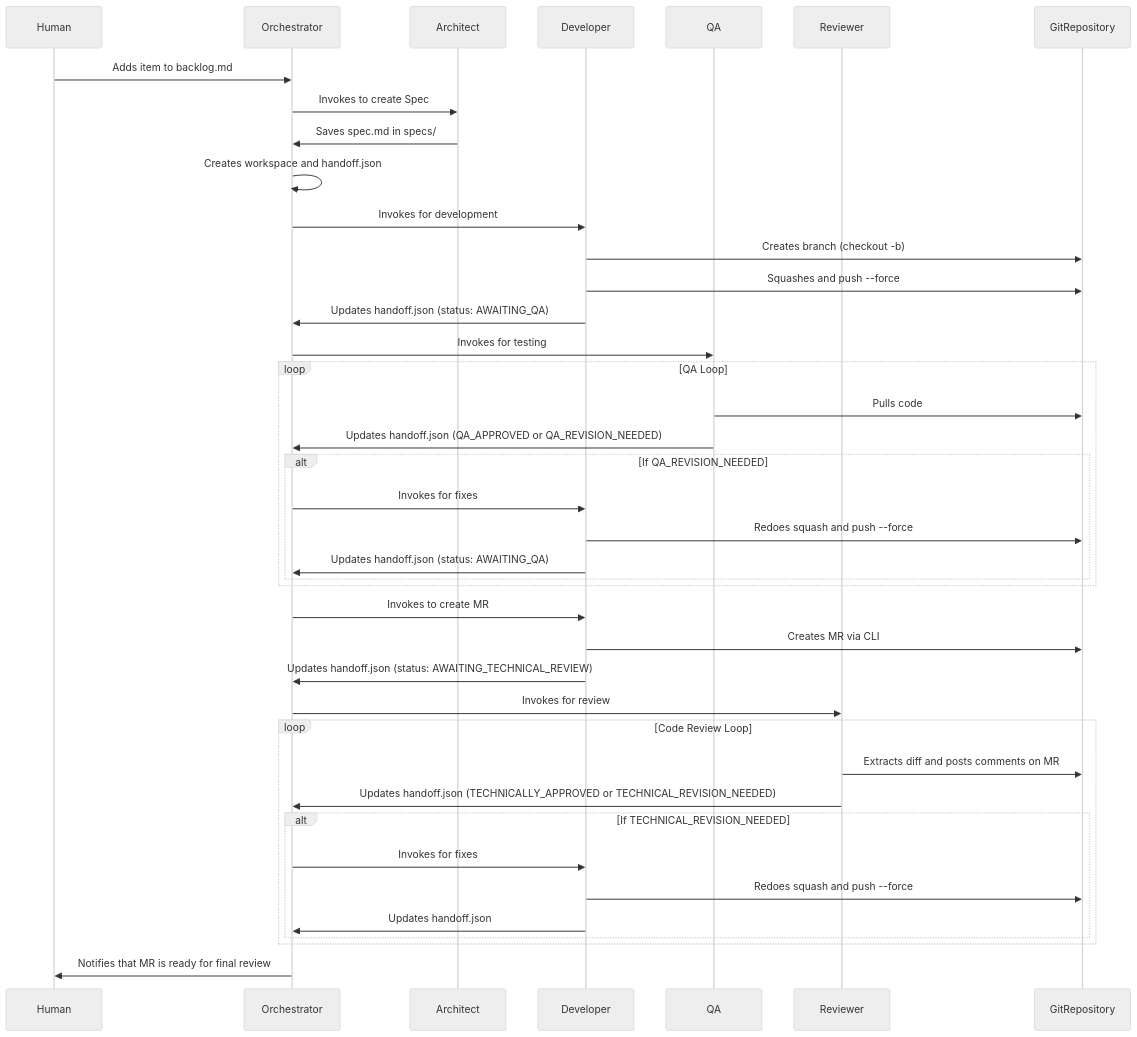
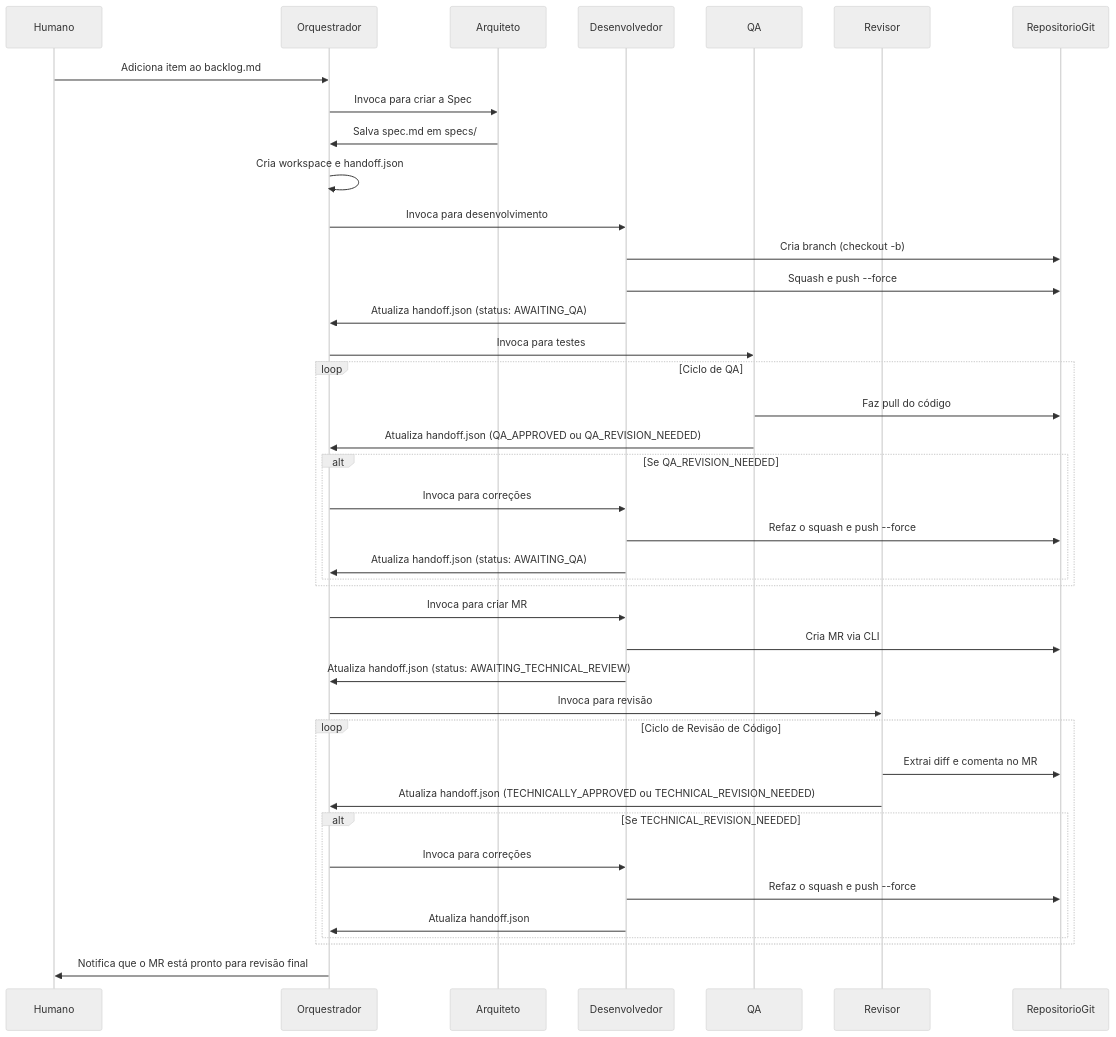
Before and after one commit to brain-model/sde-workspace: the second of 2 diagrams in README.md, drawn with Mermaid (neutral theme). The commit also changed other lines of this file, not shown here.

Commit message:
docs(copilot-ptbr): traduzir README da pasta .sde_workspace para PT-BR e padronizar formatação

````diff
--- a/README.md
+++ b/README.md
@@ -92,47 +92,47 @@
 ```mermaid
 sequenceDiagram
-    participant Human
-    participant Orchestrator
-    participant Architect
-    participant Developer
+    participant Humano
+    participant Orquestrador
+    participant Arquiteto
+    participant Desenvolvedor
     participant QA
-    participant Reviewer
-    participant GitRepository
+    participant Revisor
+    participant RepositorioGit
 
-    Human->>Orchestrator: Adds item to backlog.md
-    Orchestrator->>Architect: Invokes to create Spec
-    Architect->>Orchestrator: Saves spec.md in specs/
-    Orchestrator->>Orchestrator: Creates workspace and handoff.json
-    Orchestrator->>Developer: Invokes for development
-    Developer->>GitRepository: Creates branch (checkout -b)
-    Developer->>GitRepository: Squashes and push --force
-    Developer->>Orchestrator: Updates handoff.json (status: AWAITING_QA)
-    Orchestrator->>QA: Invokes for testing
+    Humano->>Orquestrador: Adiciona item ao backlog.md
+    Orquestrador->>Arquiteto: Invoca para criar a Spec
+    Arquiteto->>Orquestrador: Salva spec.md em specs/
+    Orquestrador->>Orquestrador: Cria workspace e handoff.json
+    Orquestrador->>Desenvolvedor: Invoca para desenvolvimento
+    Desenvolvedor->>RepositorioGit: Cria branch (checkout -b)
+    Desenvolvedor->>RepositorioGit: Squash e push --force
+    Desenvolvedor->>Orquestrador: Atualiza handoff.json (status: AWAITING_QA)
+    Orquestrador->>QA: Invoca para testes
 
-    loop QA Loop
-        QA->>GitRepository: Pulls code
-        QA->>Orchestrator: Updates handoff.json (QA_APPROVED or QA_REVISION_NEEDED)
-        alt If QA_REVISION_NEEDED
-            Orchestrator->>Developer: Invokes for fixes
-            Developer->>GitRepository: Redoes squash and push --force
-            Developer->>Orchestrator: Updates handoff.json (status: AWAITING_QA)
+    loop Ciclo de QA
+        QA->>RepositorioGit: Faz pull do código
+        QA->>Orquestrador: Atualiza handoff.json (QA_APPROVED ou QA_REVISION_NEEDED)
+        alt Se QA_REVISION_NEEDED
+            Orquestrador->>Desenvolvedor: Invoca para correções
+            Desenvolvedor->>RepositorioGit: Refaz o squash e push --force
+            Desenvolvedor->>Orquestrador: Atualiza handoff.json (status: AWAITING_QA)
         end
     end
 
-    Orchestrator->>Developer: Invokes to create MR
-    Developer->>GitRepository: Creates MR via CLI
-    Developer->>Orchestrator: Updates handoff.json (status: AWAITING_TECHNICAL_REVIEW)
-    Orchestrator->>Reviewer: Invokes for review
+    Orquestrador->>Desenvolvedor: Invoca para criar MR
+    Desenvolvedor->>RepositorioGit: Cria MR via CLI
+    Desenvolvedor->>Orquestrador: Atualiza handoff.json (status: AWAITING_TECHNICAL_REVIEW)
+    Orquestrador->>Revisor: Invoca para revisão
 
-    loop Code Review Loop
-        Reviewer->>GitRepository: Extracts diff and posts comments on MR
-        Reviewer->>Orchestrator: Updates handoff.json (TECHNICALLY_APPROVED or TECHNICAL_REVISION_NEEDED)
-        alt If TECHNICAL_REVISION_NEEDED
-            Orchestrator->>Developer: Invokes for fixes
-            Developer->>GitRepository: Redoes squash and push --force
-            Developer->>Orchestrator: Updates handoff.json
+    loop Ciclo de Revisão de Código
+        Revisor->>RepositorioGit: Extrai diff e comenta no MR
+        Revisor->>Orquestrador: Atualiza handoff.json (TECHNICALLY_APPROVED ou TECHNICAL_REVISION_NEEDED)
+        alt Se TECHNICAL_REVISION_NEEDED
+            Orquestrador->>Desenvolvedor: Invoca para correções
+            Desenvolvedor->>RepositorioGit: Refaz o squash e push --force
+            Desenvolvedor->>Orquestrador: Atualiza handoff.json
         end
     end
 
-    Orchestrator->>Human: Notifies that MR is ready for final review
+    Orquestrador->>Humano: Notifica que o MR está pronto para revisão final
 ```
````
